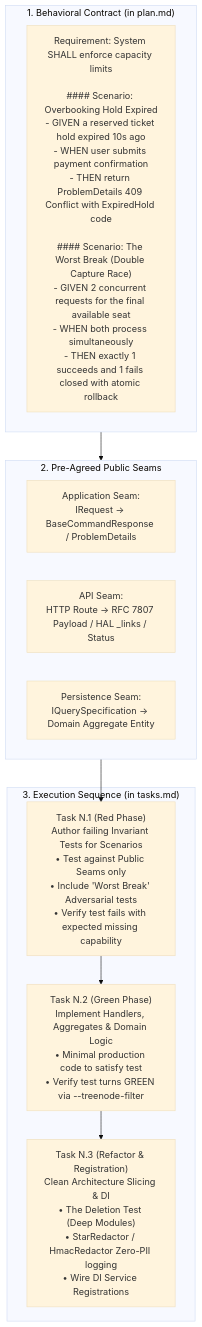
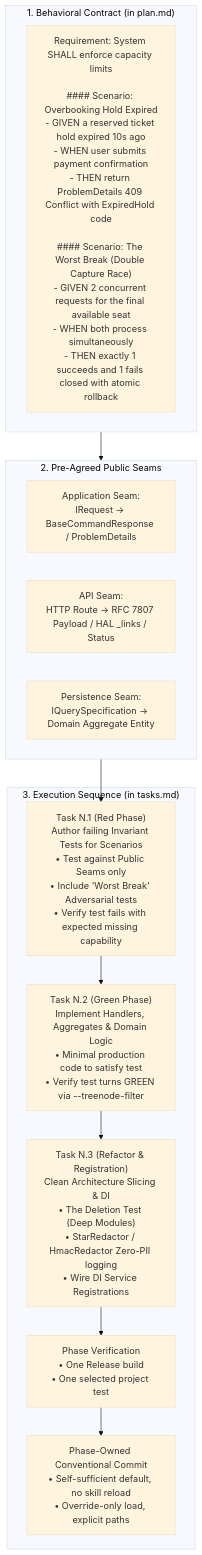
The sixth of 8 diagrams in docs/AGENTIC_CONTEXT_ENGINEERING.md (islamu-ngo/Explore), drawn with Mermaid (base theme) before and after one commit. The commit also changed other lines of this file and 19 other files, not shown here.

First line of the commit message:
build(architecture): define executable agent workstream contracts

````diff
--- a/docs/AGENTIC_CONTEXT_ENGINEERING.md
+++ b/docs/AGENTIC_CONTEXT_ENGINEERING.md
@@ -254,23 +308,27 @@
 ```mermaid
 flowchart TD
     subgraph PlanContract["1. Behavioral Contract (in plan.md)"]
         SpecDoc["Requirement: System SHALL enforce capacity limits\n\n#### Scenario: Overbooking Hold Expired\n- GIVEN a reserved ticket hold expired 10s ago\n- WHEN user submits payment confirmation\n- THEN return ProblemDetails 409 Conflict with ExpiredHold code\n\n#### Scenario: The Worst Break (Double Capture Race)\n- GIVEN 2 concurrent requests for the final available seat\n- WHEN both process simultaneously\n- THEN exactly 1 succeeds and 1 fails closed with atomic rollback"]
     end
 
     subgraph SeamDefinitions["2. Pre-Agreed Public Seams"]
         AppSeam["Application Seam:\nIRequest<T> -> BaseCommandResponse<T> / ProblemDetails"]
         ApiSeam["API Seam:\nHTTP Route -> RFC 7807 Payload / HAL _links / Status"]
         PersistSeam["Persistence Seam:\nIQuerySpecification<T> -> Domain Aggregate Entity"]
     end
 
     subgraph RedGreenRefactor["3. Execution Sequence (in tasks.md)"]
         RedPhase["Task N.1 (Red Phase)\nAuthor failing Invariant Tests for Scenarios\n• Test against Public Seams only\n• Include 'Worst Break' Adversarial tests\n• Verify test fails with expected missing capability"]
         GreenPhase["Task N.2 (Green Phase)\nImplement Handlers, Aggregates & Domain Logic\n• Minimal production code to satisfy test\n• Verify test turns GREEN via --treenode-filter"]
         RefactorPhase["Task N.3 (Refactor & Registration)\nClean Architecture Slicing & DI\n• The Deletion Test (Deep Modules)\n• StarRedactor / HmacRedactor Zero-PII logging\n• Wire DI Service Registrations"]
+        VerificationPhase["Phase Verification\n• One Release build\n• One selected project test"]
+        CommitPhase["Phase-Owned Conventional Commit\n• Self-sufficient default, no skill reload\n• Override-only load, explicit paths"]
     end
 
     PlanContract --> SeamDefinitions
     SeamDefinitions --> RedPhase
     RedPhase --> GreenPhase
     GreenPhase --> RefactorPhase
+    RefactorPhase --> VerificationPhase
+    VerificationPhase --> CommitPhase
 ```
````
